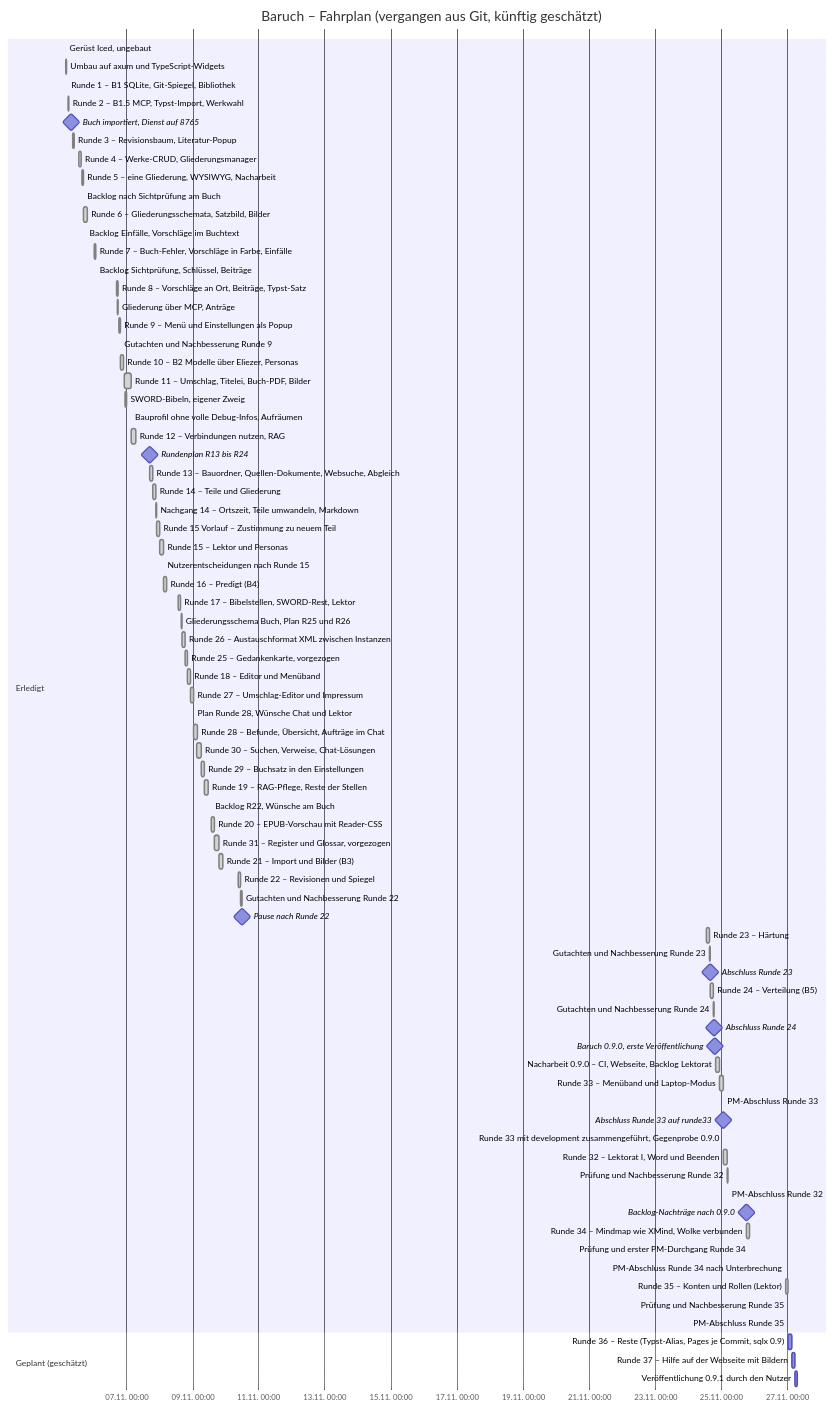
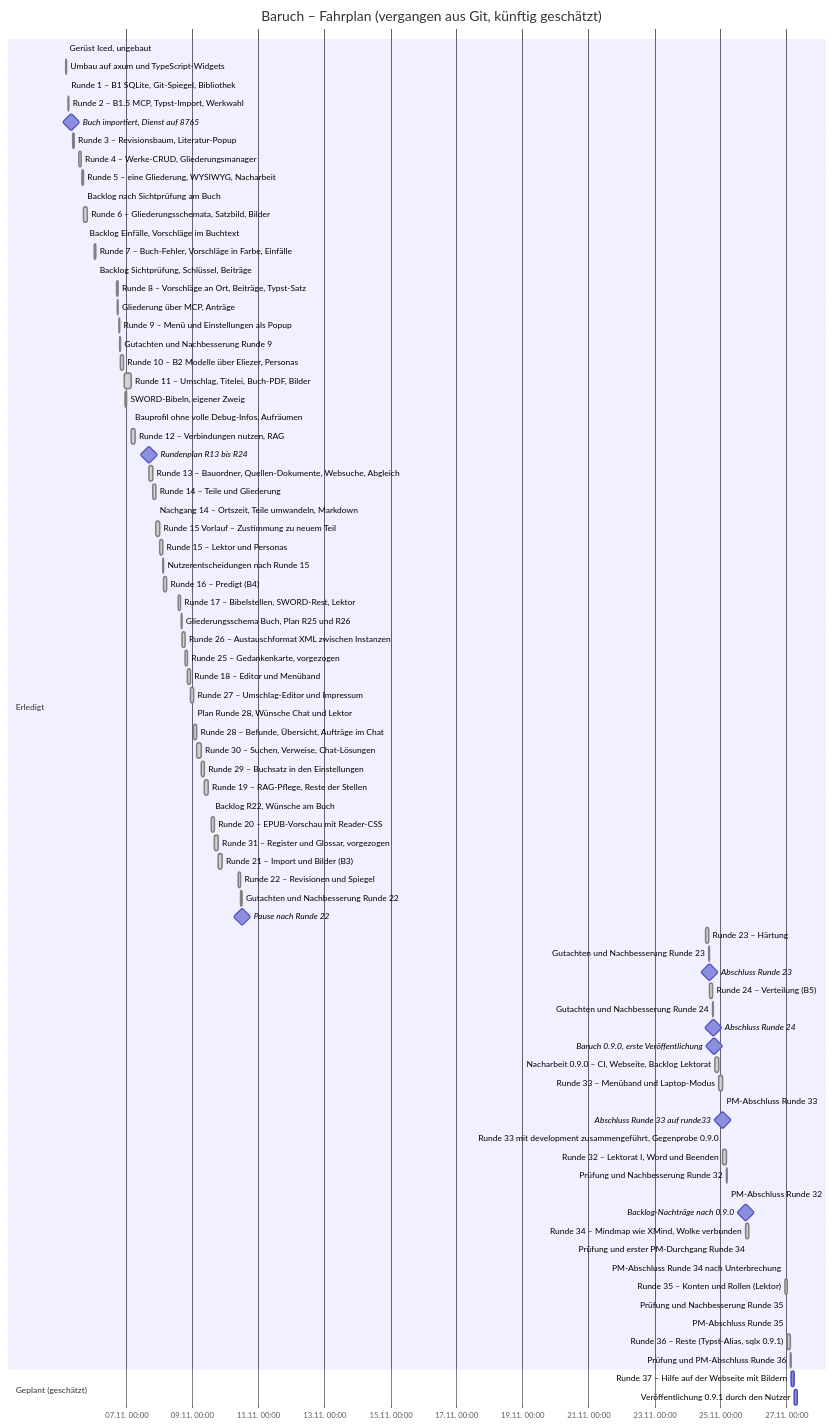
The diagram in docs/Fahrplan.md (Beerlesklopfer/baruch), drawn with Mermaid before and after one commit. The commit also changed other lines of this file and 2 other files, not shown here.

First line of the commit message:
PM-Abschluss Runde 36: Fahrplan (Runde 36 = Reste erledigt; 37 Hilfe, danach 0.9.1 – neu geschätzt), Backlog und HANDOFF nachgeführt

````diff
--- a/docs/Fahrplan.md
+++ b/docs/Fahrplan.md
@@ -90,8 +90,11 @@
     Prüfung und Nachbesserung Runde 35            :done, r35n, 2026-11-27 00:10, 14m
     PM-Abschluss Runde 35                         :done, r35p, 2026-11-27 00:24, 10m
 
+
+    Runde 36 – Reste (Typst-Alias, sqlx 0.9.1)    :done, r36, 2026-11-27 00:39, 133m
+    Prüfung und PM-Abschluss Runde 36             :done, r36p, 2026-11-27 02:52, 20m
+
     section Geplant (geschätzt)
-    Runde 36 – Reste (Typst-Alias, Pages je Commit, sqlx 0.9) :r36, after r35p, 150m
-    Runde 37 – Hilfe auf der Webseite mit Bildern :r37, after r36, 150m
-    Veröffentlichung 0.9.1 durch den Nutzer       :rel091, after r37, 90m
+    Runde 37 – Hilfe auf der Webseite mit Bildern :r37, after r36p, 150m
+    Veröffentlichung 0.9.1 durch den Nutzer       :rel091, after r37, 120m
 ```
````
